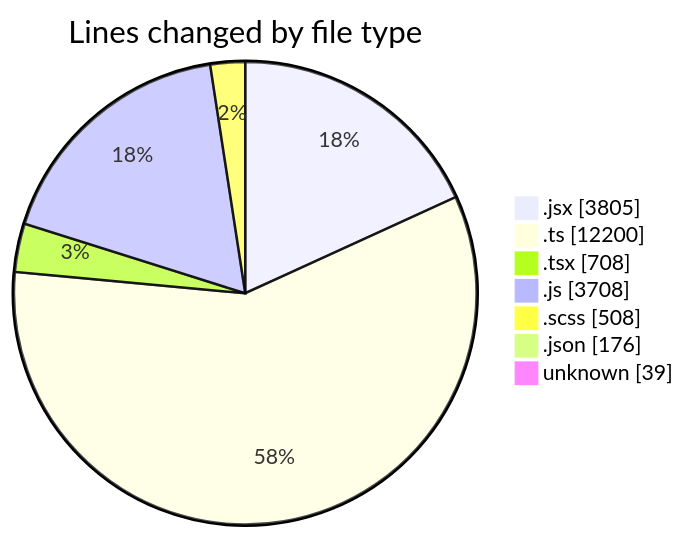
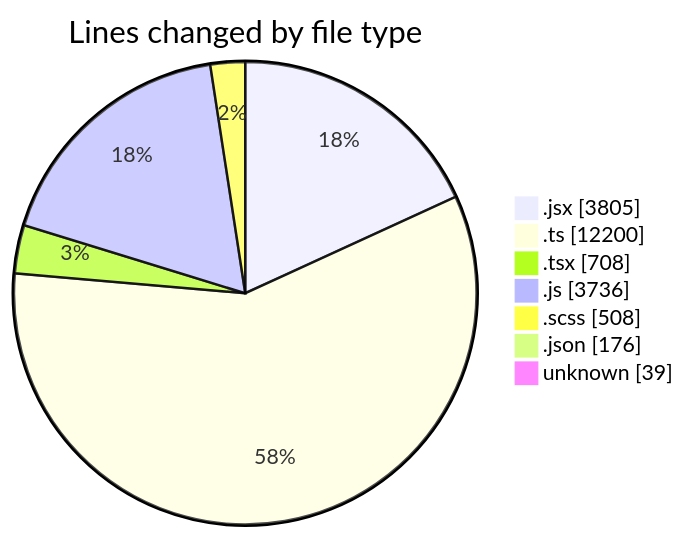
One commit to momahboobian/code-tracking changed the first of 2 diagrams in 2025-06-05/cda/README.md. Above: the diagram before and after it, drawn with Mermaid. The commit also changed other lines of this file and 1 other file, not shown here.

````diff
--- a/2025-06-05/cda/README.md
+++ b/2025-06-05/cda/README.md
@@ -60,11 +60,11 @@
 ```mermaid
 pie showData
 title Lines changed by file type
 ".jsx" : 3805
 ".ts" : 12200
 ".tsx" : 708
-".js" : 3708
+".js" : 3736
 ".scss" : 508
 ".json" : 176
 "unknown" : 39
 ```
````
